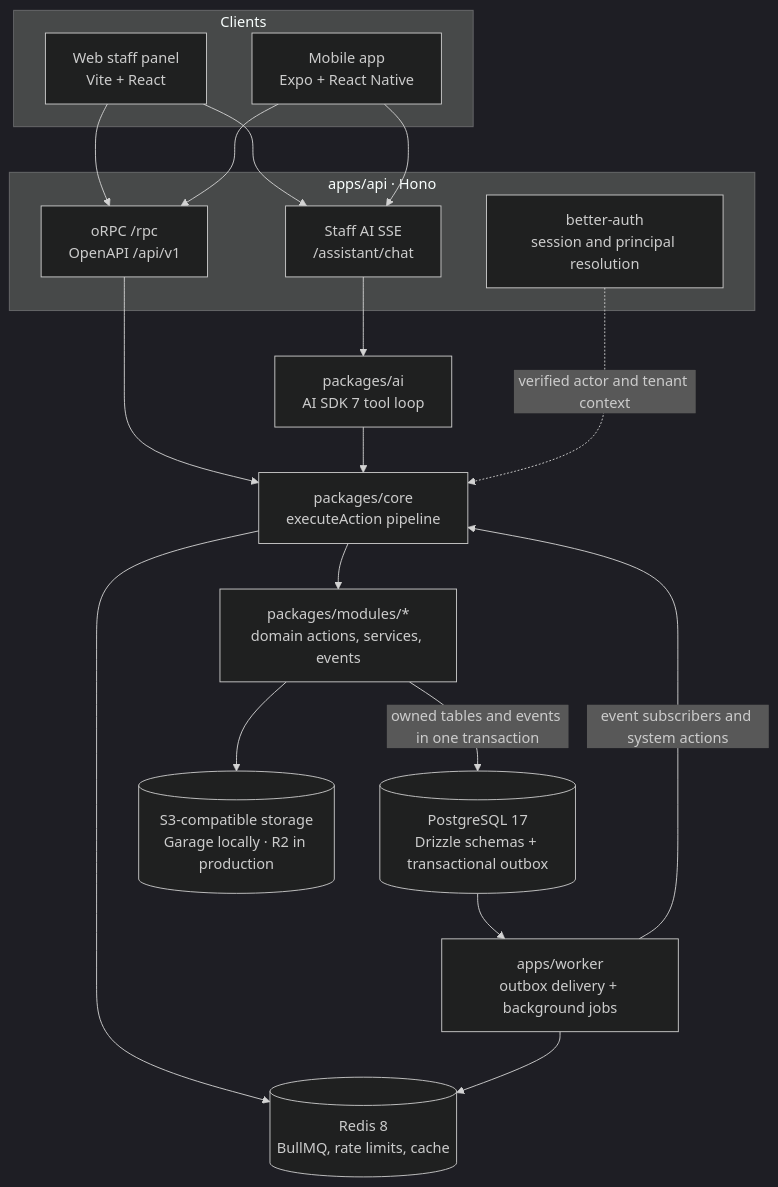
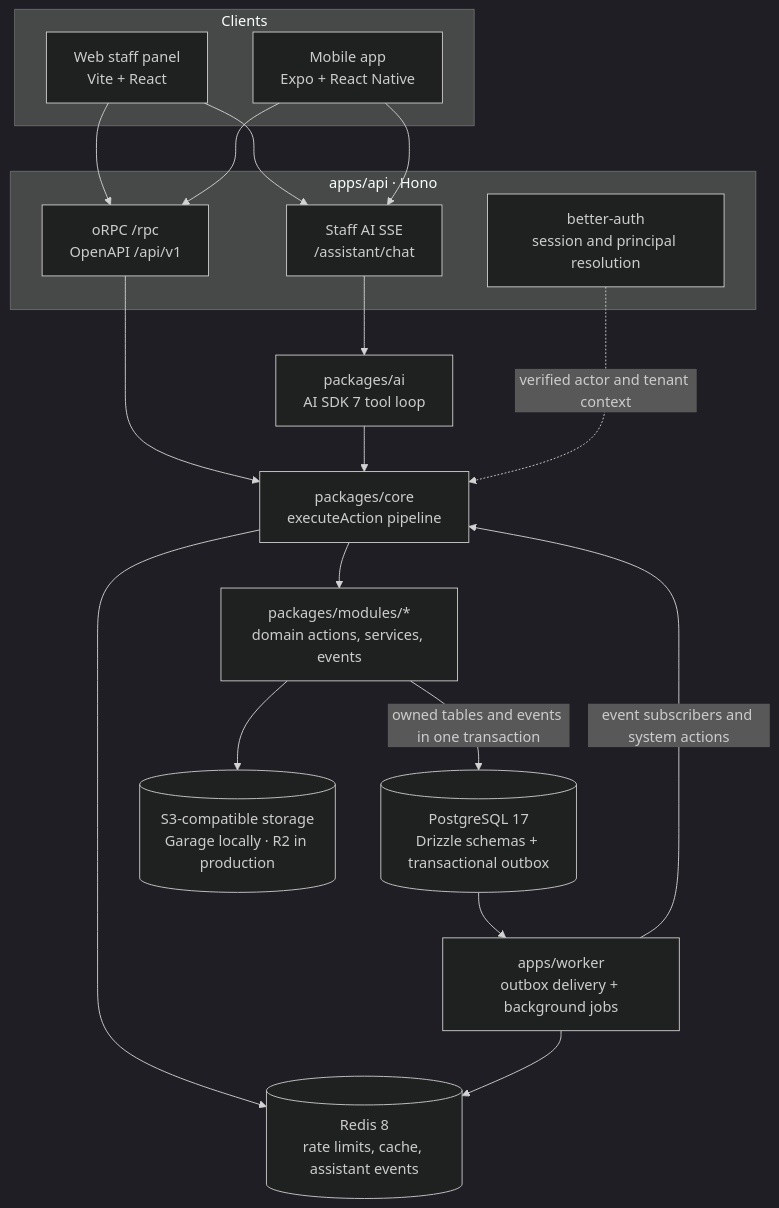
One commit to KurbatovIvann/shozee changed the diagram in README.md. Above: the diagram before and after it, drawn with Mermaid (dark theme). The commit also changed other lines of this file and 14 other files, not shown here.

First line of the commit message:
SHO-655 jobs: remove queue Redis config and stale BullMQ docs

````diff
--- a/README.md
+++ b/README.md
@@ -18,37 +18,37 @@
 ```mermaid
 flowchart TB
   subgraph Clients
     Web["Web staff panel<br/>Vite + React"]
     Mobile["Mobile app<br/>Expo + React Native"]
   end
 
   subgraph API["apps/api · Hono"]
     Auth["better-auth<br/>session and principal resolution"]
     RPC["oRPC /rpc<br/>OpenAPI /api/v1"]
     Chat["Staff AI SSE<br/>/assistant/chat"]
   end
 
   AI["packages/ai<br/>AI SDK 7 tool loop"]
   Core["packages/core<br/>executeAction pipeline"]
   Modules["packages/modules/*<br/>domain actions, services, events"]
   Postgres[("PostgreSQL 17<br/>Drizzle schemas + transactional outbox")]
   Worker["apps/worker<br/>outbox delivery + background jobs"]
-  Redis[("Redis 8<br/>BullMQ, rate limits, cache")]
+  Redis[("Redis 8<br/>rate limits, cache, assistant events")]
   Storage[("S3-compatible storage<br/>Garage locally · R2 in production")]
 
   Web --> RPC
   Mobile --> RPC
   Web --> Chat
   Mobile --> Chat
   Chat --> AI
   RPC --> Core
   AI --> Core
   Auth -. "verified actor and tenant context" .-> Core
   Core --> Modules
   Core --> Redis
   Modules -->|"owned tables and events in one transaction"| Postgres
   Postgres --> Worker
   Worker -->|"event subscribers and system actions"| Core
   Worker --> Redis
   Modules --> Storage
 ```
````
